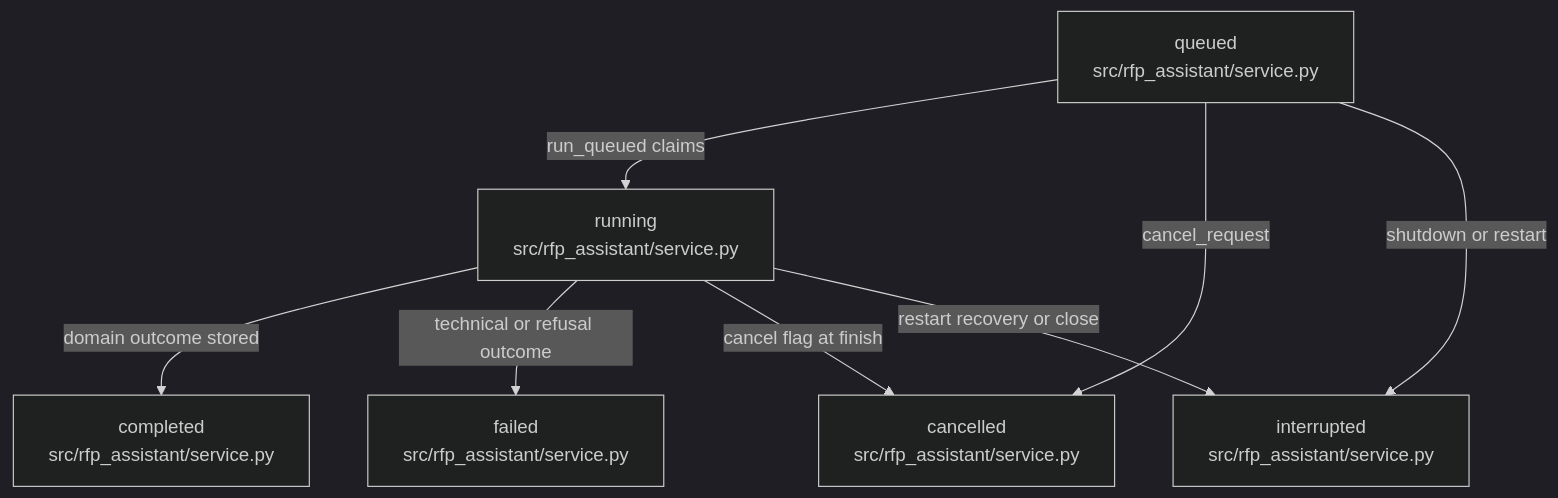
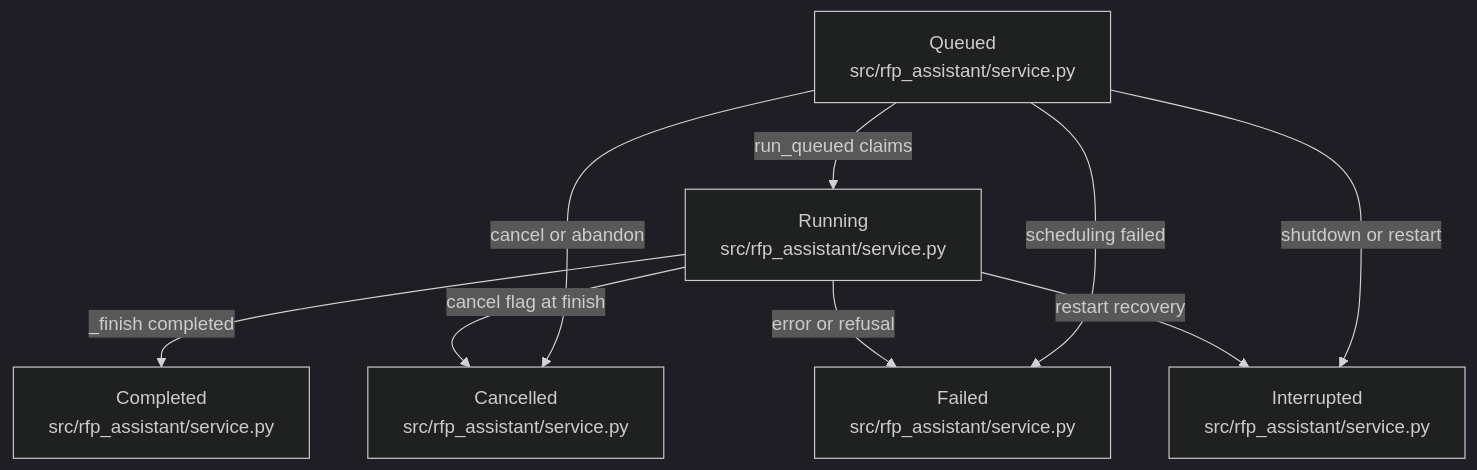
The diagram in .omm/state-transitions/request-status/diagram.mmd (littleeeeebit/project-codeit-mid), drawn with Mermaid (dark theme) before and after one commit. The commit also changed 538 other files, not shown here.

```diff
--- a/.omm/state-transitions/request-status/diagram.mmd
+++ b/.omm/state-transitions/request-status/diagram.mmd
@@ -1,14 +1,9 @@
 graph TD
-  queued["queued\nsrc/rfp_assistant/service.py"]
-  running["running\nsrc/rfp_assistant/service.py"]
-  completed["completed\nsrc/rfp_assistant/service.py"]
-  failed["failed\nsrc/rfp_assistant/service.py"]
-  cancelled["cancelled\nsrc/rfp_assistant/service.py"]
-  interrupted["interrupted\nsrc/rfp_assistant/service.py"]
-  queued -->|run_queued claims| running
-  queued -->|cancel_request| cancelled
-  queued -->|shutdown or restart| interrupted
-  running -->|domain outcome stored| completed
-  running -->|technical or refusal outcome| failed
-  running -->|cancel flag at finish| cancelled
-  running -->|restart recovery or close| interrupted
+  queued["Queued\nsrc/rfp_assistant/service.py"] -->|"run_queued claims"| running["Running\nsrc/rfp_assistant/service.py"]
+  queued -->|"cancel or abandon"| cancelled["Cancelled\nsrc/rfp_assistant/service.py"]
+  queued -->|"shutdown or restart"| interrupted["Interrupted\nsrc/rfp_assistant/service.py"]
+  queued -->|"scheduling failed"| failed["Failed\nsrc/rfp_assistant/service.py"]
+  running -->|"_finish completed"| completed["Completed\nsrc/rfp_assistant/service.py"]
+  running -->|"error or refusal"| failed
+  running -->|"cancel flag at finish"| cancelled
+  running -->|"restart recovery"| interrupted
```
